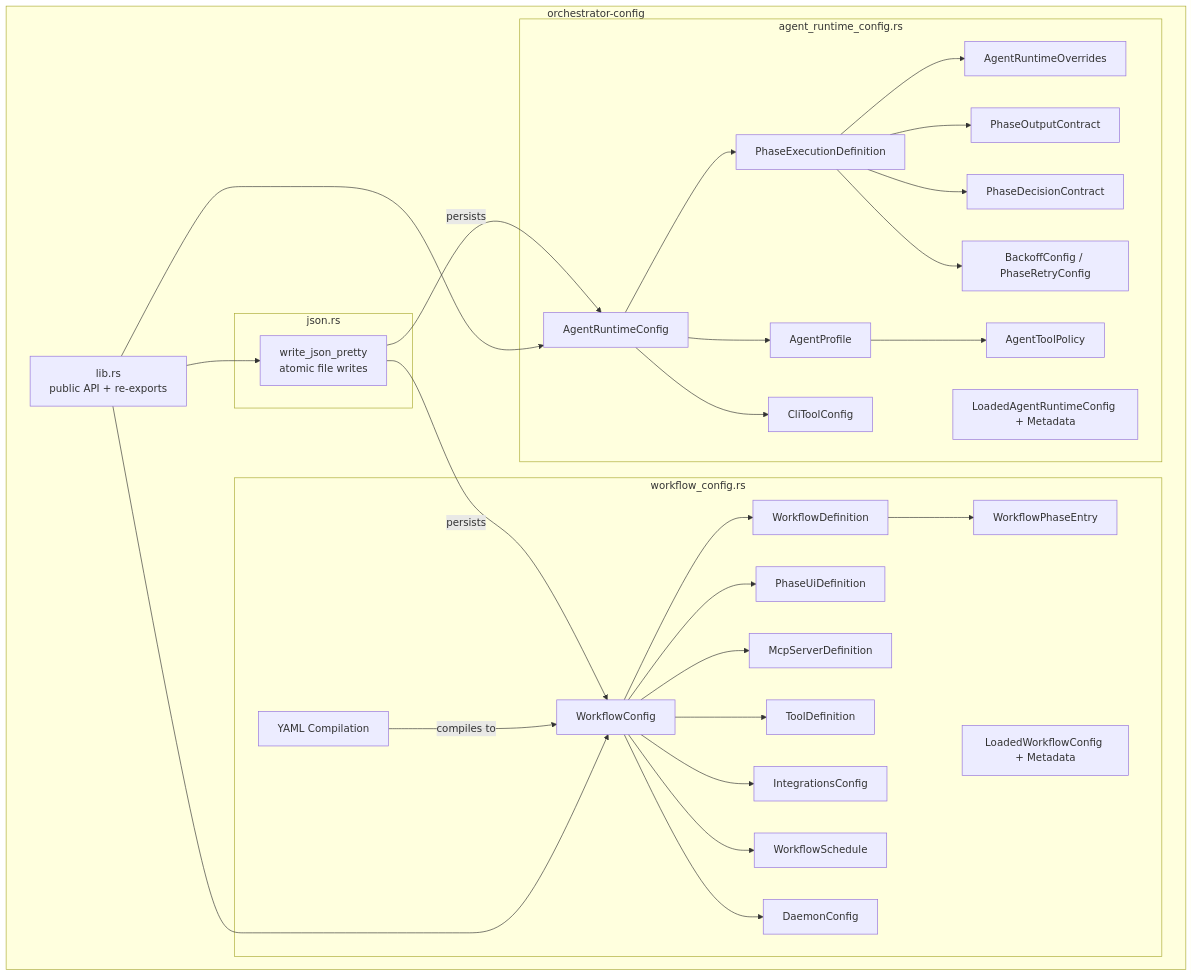
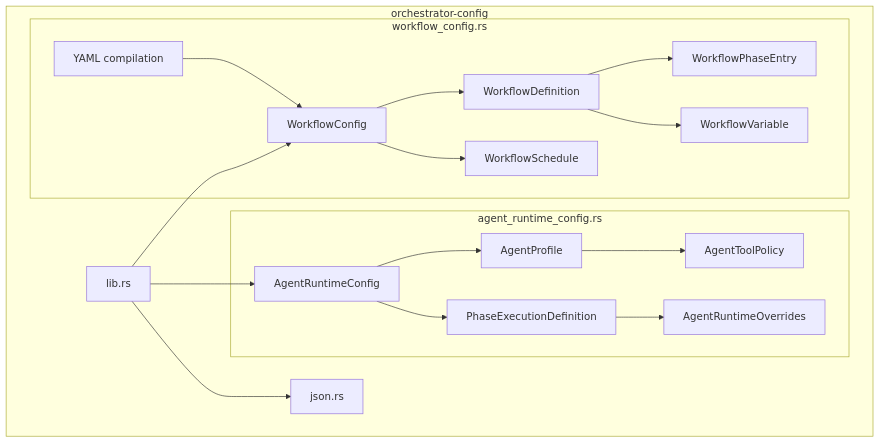
Before and after one commit to launchapp-dev/animus-cli: the first of 2 diagrams in crates/orchestrator-config/README.md, drawn with Mermaid. The commit also changed other lines of this file and 15 other files, not shown here.

````diff
--- a/crates/orchestrator-config/README.md
+++ b/crates/orchestrator-config/README.md
@@ -18,63 +20,38 @@
 ```mermaid
 graph TD
-    subgraph orchestrator-config
-        LIB[lib.rs<br/>public API + re-exports]
+    subgraph "orchestrator-config"
+        LIB["lib.rs"]
 
-        subgraph agent_runtime_config.rs
-            ARC[AgentRuntimeConfig]
-            AP[AgentProfile]
-            PED[PhaseExecutionDefinition]
-            ART[AgentRuntimeOverrides]
-            ATP[AgentToolPolicy]
-            CLT[CliToolConfig]
-            BKC[BackoffConfig / PhaseRetryConfig]
-            POC[PhaseOutputContract]
-            PDC[PhaseDecisionContract]
-            LARC[LoadedAgentRuntimeConfig + Metadata]
+        subgraph "agent_runtime_config.rs"
+            ARC["AgentRuntimeConfig"]
+            AGENT["AgentProfile"]
+            PHASE["PhaseExecutionDefinition"]
+            OVR["AgentRuntimeOverrides"]
+            POLICY["AgentToolPolicy"]
         end
 
-        subgraph workflow_config.rs
-            WC[WorkflowConfig]
-            WD[WorkflowDefinition]
-            WPE[WorkflowPhaseEntry]
-            PUI[PhaseUiDefinition]
-            MCP[McpServerDefinition]
-            TD[ToolDefinition]
-            IC[IntegrationsConfig]
-            WS[WorkflowSchedule]
-            DC[DaemonConfig]
-            LWC[LoadedWorkflowConfig + Metadata]
-            YAML[YAML Compilation]
+        subgraph "workflow_config.rs"
+            WC["WorkflowConfig"]
+            WF["WorkflowDefinition"]
+            WPE["WorkflowPhaseEntry"]
+            VARS["WorkflowVariable"]
+            SCHED["WorkflowSchedule"]
+            YAML["YAML compilation"]
         end
 
-        subgraph json.rs
-            WJP[write_json_pretty<br/>atomic file writes]
-        end
+        JSON["json.rs"]
     end
 
     LIB --> ARC
     LIB --> WC
-    LIB --> WJP
-
-    ARC --> AP
-    ARC --> PED
-    ARC --> CLT
-    PED --> ART
-    PED --> POC
-    PED --> PDC
-    PED --> BKC
-    AP --> ATP
-
-    WC --> WD
-    WC --> PUI
-    WC --> MCP
-    WC --> TD
-    WC --> IC
-    WC --> WS
-    WC --> DC
-    WD --> WPE
-
-    YAML -->|compiles to| WC
-    WJP -->|persists| ARC
-    WJP -->|persists| WC
+    LIB --> JSON
+    ARC --> AGENT
+    ARC --> PHASE
+    PHASE --> OVR
+    AGENT --> POLICY
+    WC --> WF
+    WF --> WPE
+    WF --> VARS
+    WC --> SCHED
+    YAML --> WC
 ```
````
